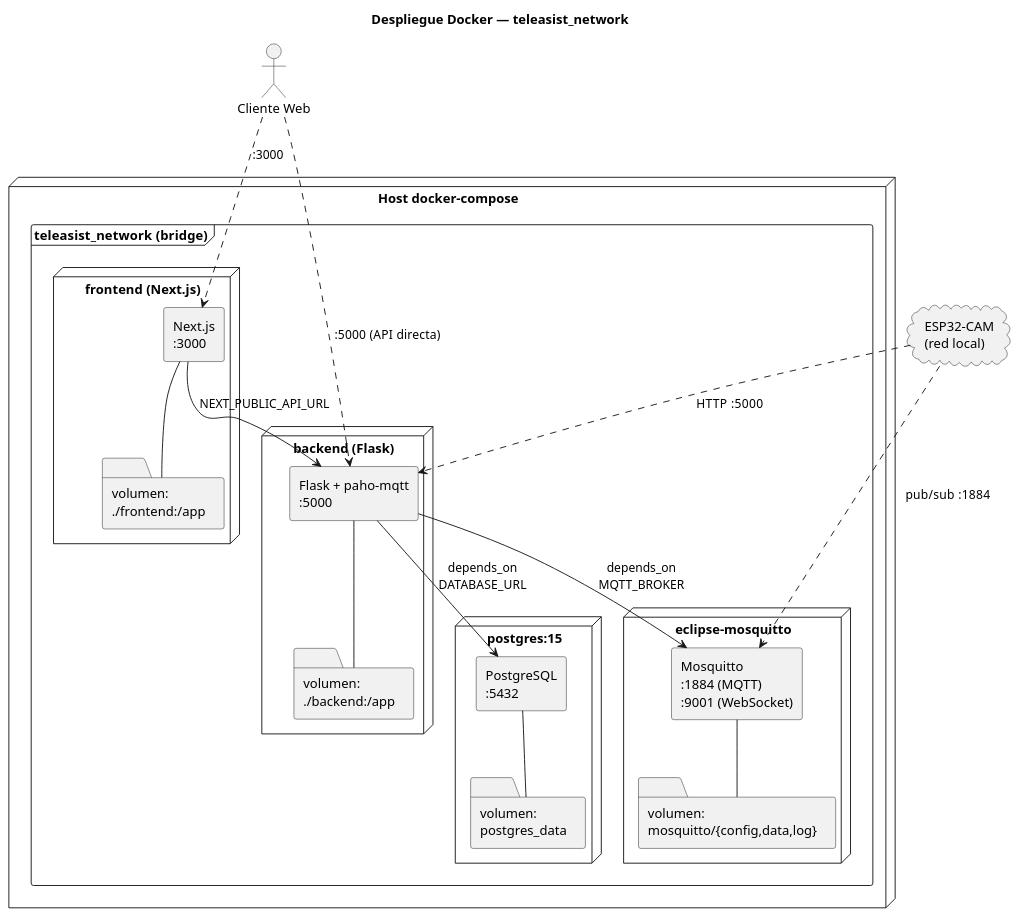
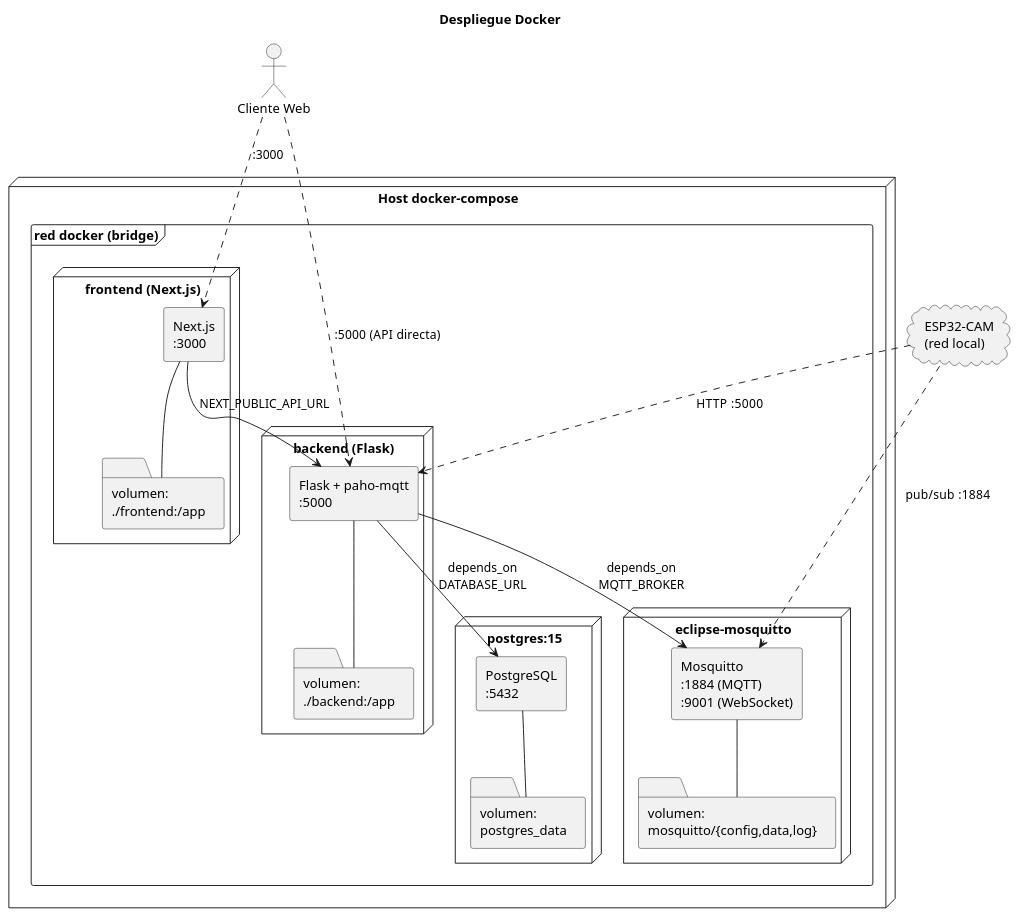
The diagram in Informe/diagrams/05_arquitectura_despliegue_docker.puml (BorgTb/AsistenciaBackendFinal), drawn with PlantUML before and after one commit. The commit also changed 218 other files, not shown here.

```diff
--- a/Informe/diagrams/05_arquitectura_despliegue_docker.puml
+++ b/Informe/diagrams/05_arquitectura_despliegue_docker.puml
@@ -1,49 +1,49 @@
 @startuml arquitectura_despliegue_docker
-title Despliegue Docker — teleasist_network
+title Despliegue Docker
 
 skinparam shadowing false
 skinparam componentStyle rectangle
 
 actor "Cliente Web" as Cliente
 cloud "ESP32-CAM\n(red local)" as ESP
 
 node "Host docker-compose" {
 
-  frame "teleasist_network  (bridge)" {
+  frame "red docker (bridge)" {
 
     node "postgres:15" as PG {
       component "PostgreSQL\n:5432" as pg_svc
       folder "volumen:\npostgres_data" as v_pg
       pg_svc -- v_pg
     }
 
     node "eclipse-mosquitto" as MQTT {
       component "Mosquitto\n:1884 (MQTT)\n:9001 (WebSocket)" as mq_svc
       folder "volumen:\nmosquitto/{config,data,log}" as v_mq
       mq_svc -- v_mq
     }
 
     node "backend (Flask)" as BE {
       component "Flask + paho-mqtt\n:5000" as be_svc
       folder "volumen:\n./backend:/app" as v_be
       be_svc -- v_be
     }
 
     node "frontend (Next.js)" as FE {
       component "Next.js\n:3000" as fe_svc
       folder "volumen:\n./frontend:/app" as v_fe
       fe_svc -- v_fe
     }
 
     be_svc --> pg_svc : depends_on\nDATABASE_URL
     be_svc --> mq_svc : depends_on\nMQTT_BROKER
     fe_svc --> be_svc : NEXT_PUBLIC_API_URL
   }
 }
 
 Cliente ..> fe_svc : :3000
 Cliente ..> be_svc : :5000  (API directa)
 ESP ..> mq_svc : pub/sub  :1884
 ESP ..> be_svc : HTTP  :5000
 
 @enduml
```
